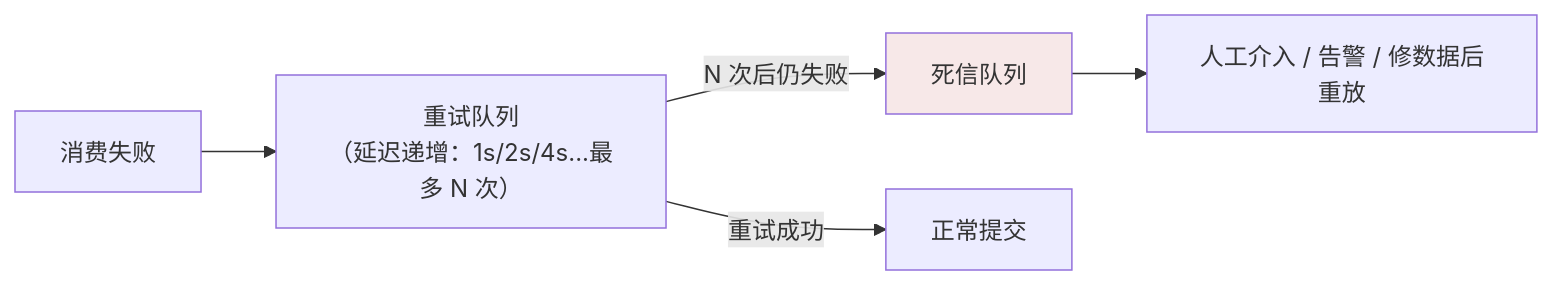
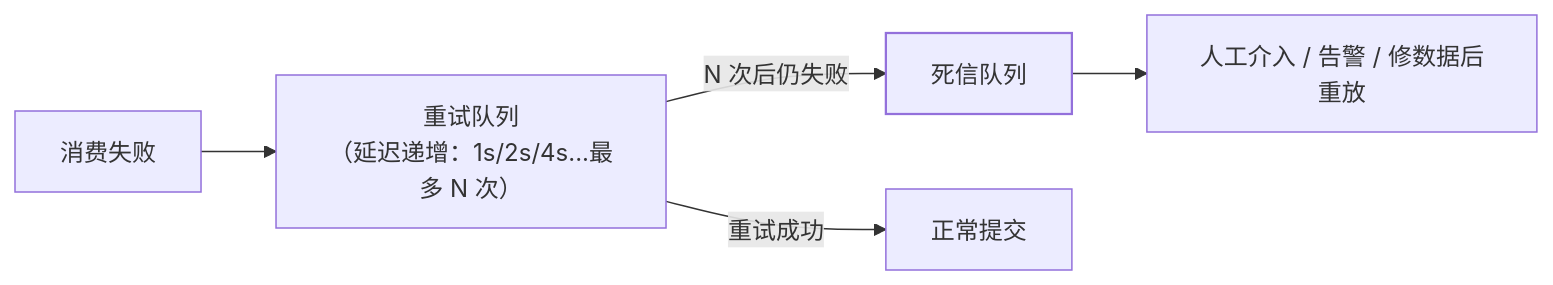
The second of 2 diagrams in src/content/docs/kafka/intermediate/core/03-reliability-idempotent.md (Loadhao/ascension), drawn with Mermaid before and after one commit. The commit also changed other lines of this file and 87 other files, not shown here.

First line of the commit message:
fix: 全站图表配色改由主题接管，修复暗色主题下浅底浅字看不清

````diff
--- a/src/content/docs/kafka/intermediate/core/03-reliability-idempotent.md
+++ b/src/content/docs/kafka/intermediate/core/03-reliability-idempotent.md
@@ -113,9 +114,10 @@
 ```mermaid
 flowchart LR
     A["消费失败"] --> R["重试队列<br/>（延迟递增：1s/2s/4s...最多 N 次）"]
     R -->|N 次后仍失败| DLQ["死信队列"]
     DLQ --> M["人工介入 / 告警 / 修数据后重放"]
     R -->|重试成功| OK["正常提交"]
 
-    style DLQ fill:#f7e8e8
+    class DLQ bad
+    classDef bad stroke-width:1.5px
 ```
````
